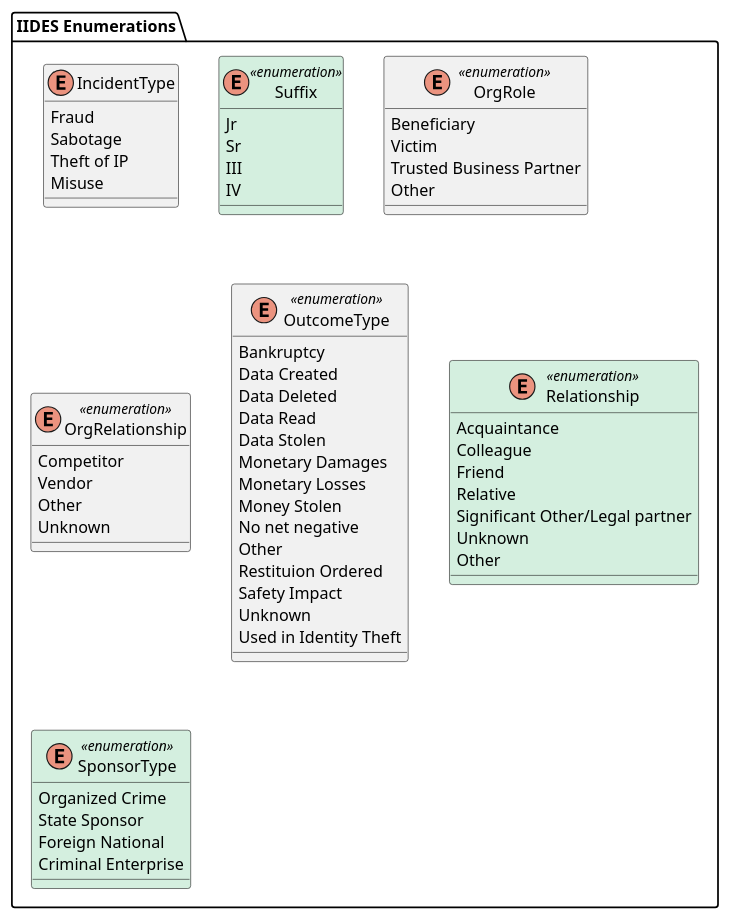
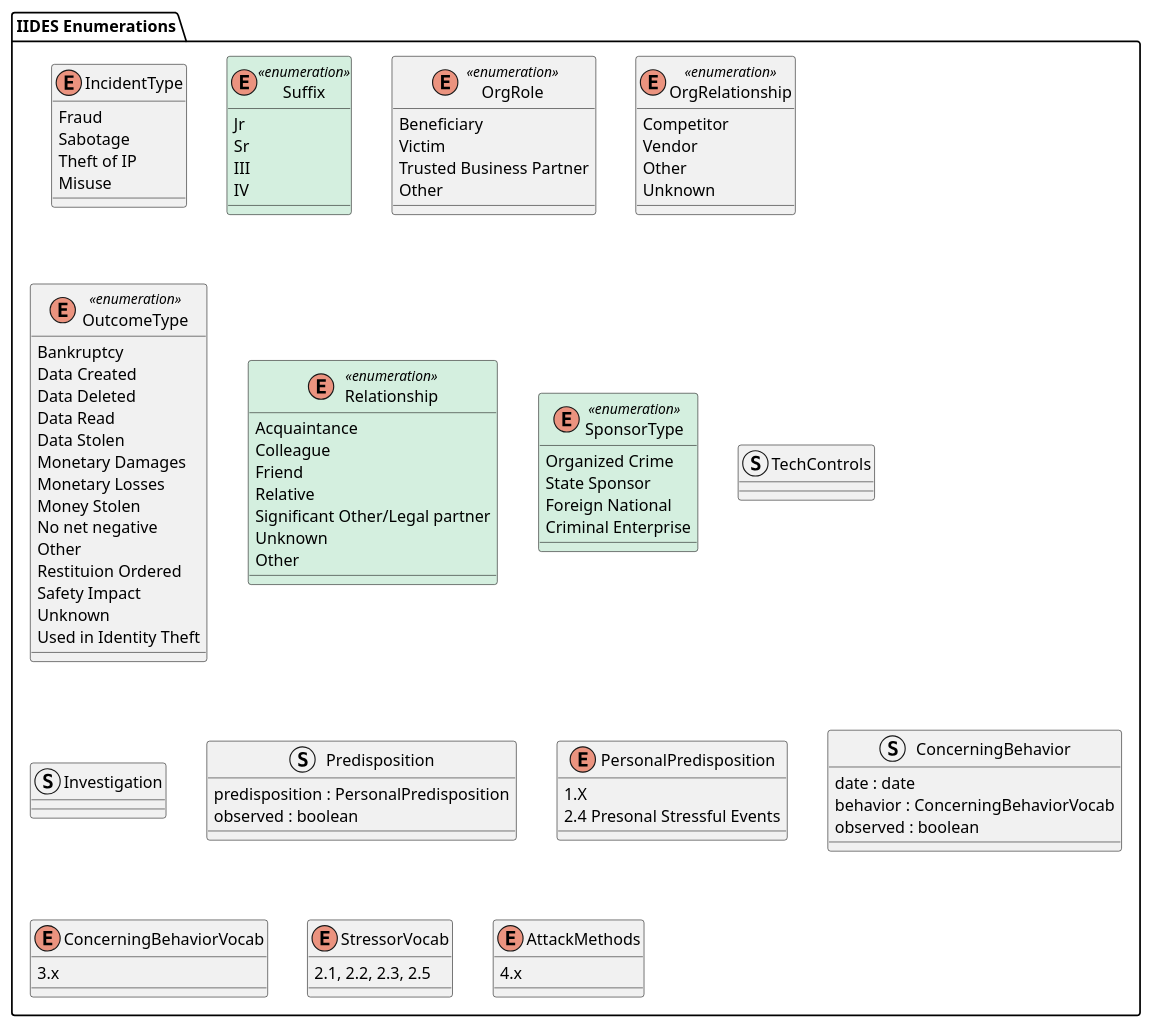
Before and after one commit to cmu-sei/iides: the diagram in UML/source/enumerations.wsd, drawn with PlantUML. The commit also changed 8 other files, not shown here.

```diff
--- a/UML/source/enumerations.wsd
+++ b/UML/source/enumerations.wsd
@@ -1,60 +1,85 @@
 @startuml IIDES_Enumerations
 package "IIDES Enumerations" #FFF {
 
     enum IncidentType {
         Fraud
         Sabotage
         Theft of IP
         Misuse
     }
     enum Suffix <<enumeration>> #D4EFDF {
         Jr
         Sr
         III
         IV
     }
     enum OrgRole <<enumeration>> {
         Beneficiary
         Victim
         Trusted Business Partner
         Other
     }
     enum OrgRelationship <<enumeration>> {
         Competitor
         Vendor
         Other
         Unknown
     }
     enum OutcomeType <<enumeration>> {
         Bankruptcy
         Data Created
         Data Deleted
         Data Read
         Data Stolen
         Monetary Damages
         Monetary Losses
         Money Stolen
         No net negative
         Other
         Restituion Ordered
         Safety Impact
         Unknown
         Used in Identity Theft
     }
     enum Relationship <<enumeration>> #D4EFDF {
         Acquaintance
         Colleague
         Friend
         Relative
         Significant Other/Legal partner
         Unknown
         Other
     }
     enum SponsorType <<enumeration>> #D4EFDF {
         Organized Crime
         State Sponsor
         Foreign National
         Criminal Enterprise
     }
+
+    struct TechControls {}
+    struct Investigation {}
+    struct Predisposition {
+        predisposition : PersonalPredisposition
+        observed : boolean
+    }
+    enum PersonalPredisposition {
+        1.X
+        2.4 Presonal Stressful Events
+    }
+    struct ConcerningBehavior {
+        date : date
+        behavior : ConcerningBehaviorVocab
+        observed : boolean
+    }
+    enum ConcerningBehaviorVocab {
+        3.x
+    }
+    enum StressorVocab {
+        2.1, 2.2, 2.3, 2.5
+    }
+    enum AttackMethods {
+        4.x
+    }
 }
 @enduml
```
